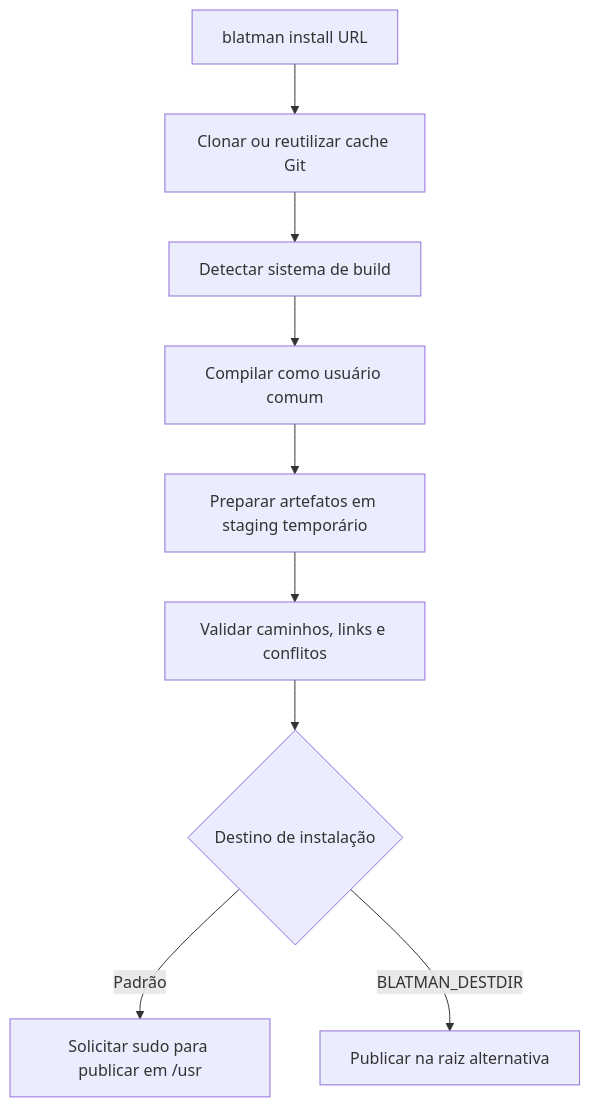
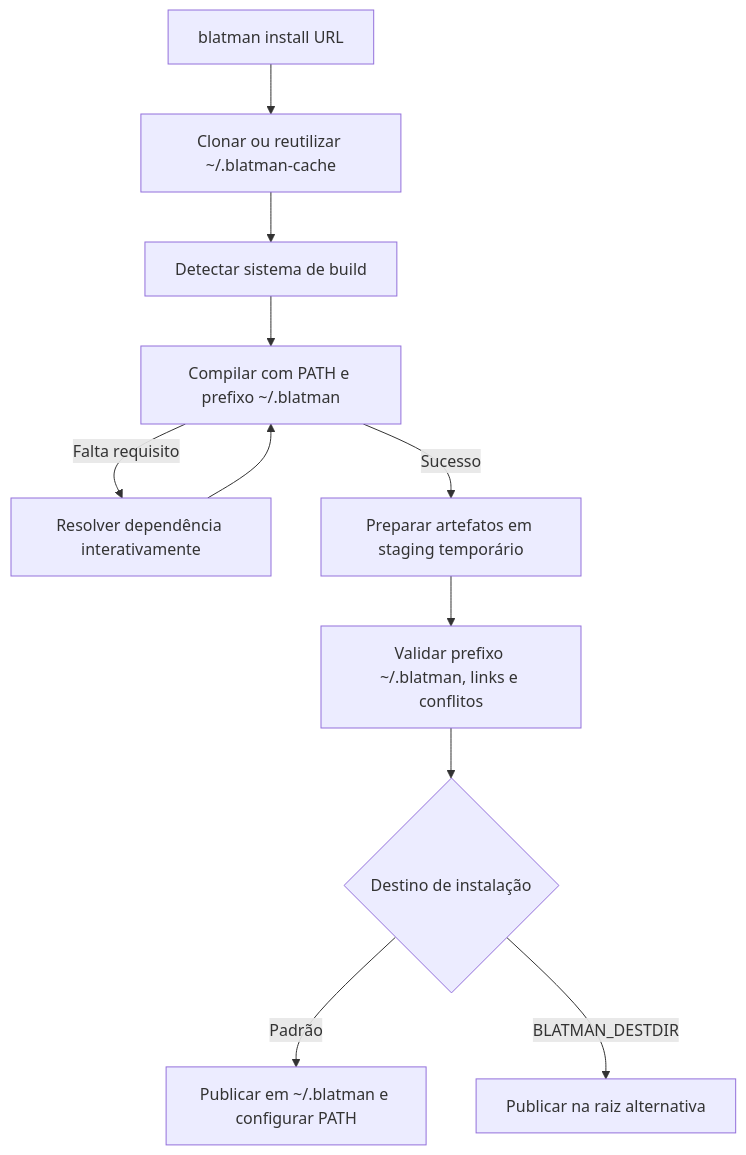
Before and after one commit to Blatokkj/blatman: the diagram in README.md, drawn with Mermaid. The commit also changed other lines of this file, not shown here.

````diff
--- a/README.md
+++ b/README.md
@@ -195,11 +210,13 @@
 ```mermaid
 flowchart TD
-    A[blatman install URL] --> B[Clonar ou reutilizar cache Git]
+    A[blatman install URL] --> B[Clonar ou reutilizar ~/.blatman-cache]
     B --> C[Detectar sistema de build]
-    C --> D[Compilar como usuário comum]
-    D --> E[Preparar artefatos em staging temporário]
-    E --> F[Validar caminhos, links e conflitos]
-    F --> G{Destino de instalação}
-    G -->|Padrão| H[Solicitar sudo para publicar em /usr]
-    G -->|BLATMAN_DESTDIR| I[Publicar na raiz alternativa]
+    C --> D[Compilar com PATH e prefixo ~/.blatman]
+    D -->|Falta requisito| E[Resolver dependência interativamente]
+    E --> D
+    D -->|Sucesso| F[Preparar artefatos em staging temporário]
+    F --> G[Validar prefixo ~/.blatman, links e conflitos]
+    G --> H{Destino de instalação}
+    H -->|Padrão| I[Publicar em ~/.blatman e configurar PATH]
+    H -->|BLATMAN_DESTDIR| J[Publicar na raiz alternativa]
 ```
````
